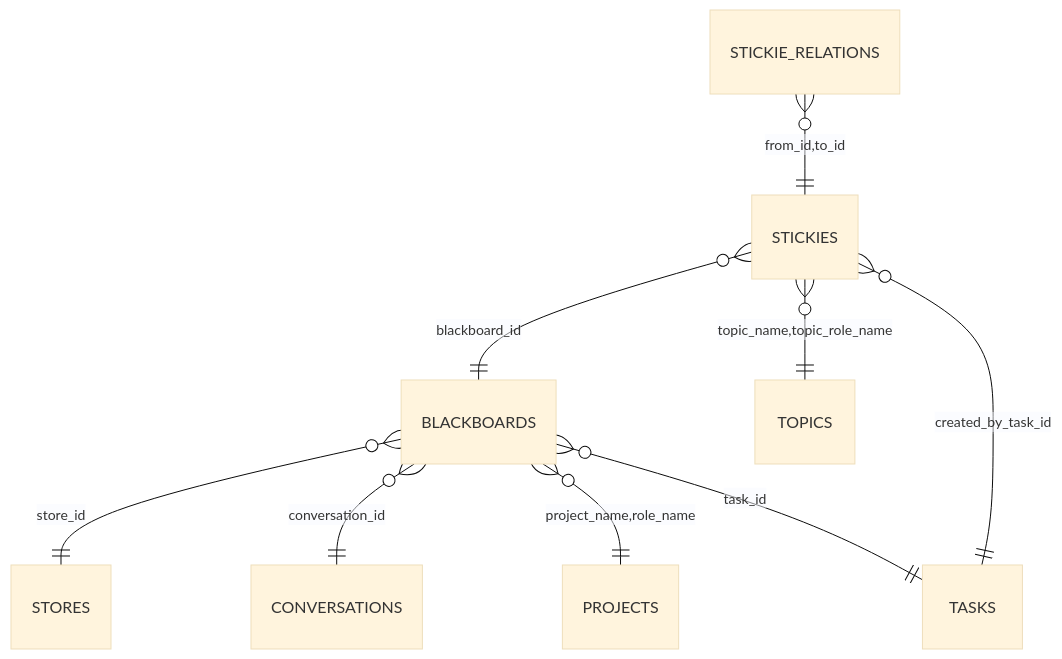
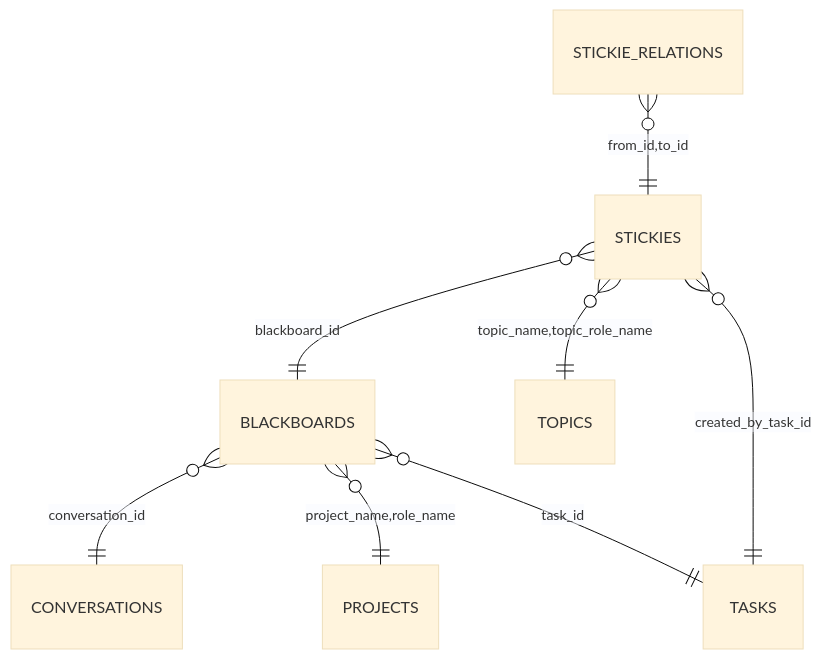
The diagram in BLACKBOARD_ARCHITECTURE.md (flarebyte/baldrick-rebec), drawn with Mermaid (base theme) before and after one commit. The commit also changed other lines of this file and 25 other files, not shown here.

````diff
--- a/BLACKBOARD_ARCHITECTURE.md
+++ b/BLACKBOARD_ARCHITECTURE.md
@@ -14,13 +13,12 @@
 ```mermaid
 erDiagram
-  BLACKBOARDS }o--|| STORES : "store_id"
   STICKIES }o--|| BLACKBOARDS : "blackboard_id"
   STICKIE_RELATIONS }o--|| STICKIES : "from_id,to_id"
 
   BLACKBOARDS }o--|| CONVERSATIONS : "conversation_id"
   BLACKBOARDS }o--|| PROJECTS : "project_name,role_name"
   BLACKBOARDS }o--|| TASKS : "task_id"
 
   STICKIES }o--|| TASKS : "created_by_task_id"
   STICKIES }o--|| TOPICS : "topic_name,topic_role_name"
 ```
````
